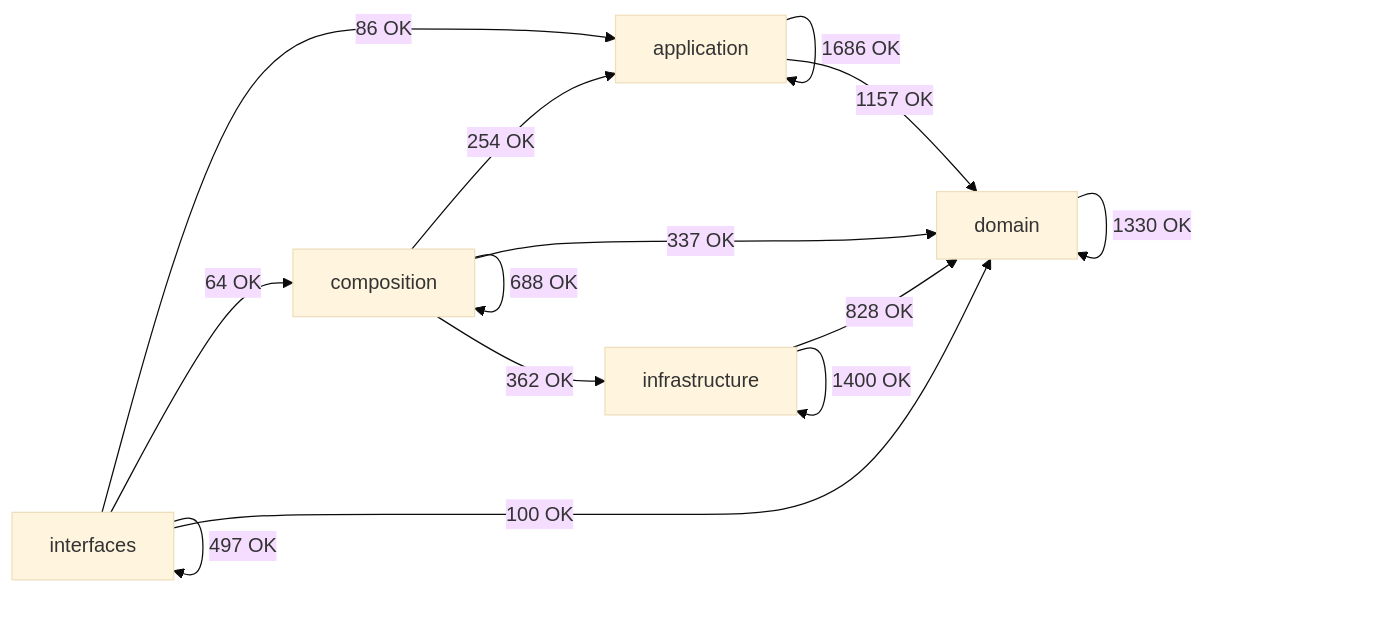
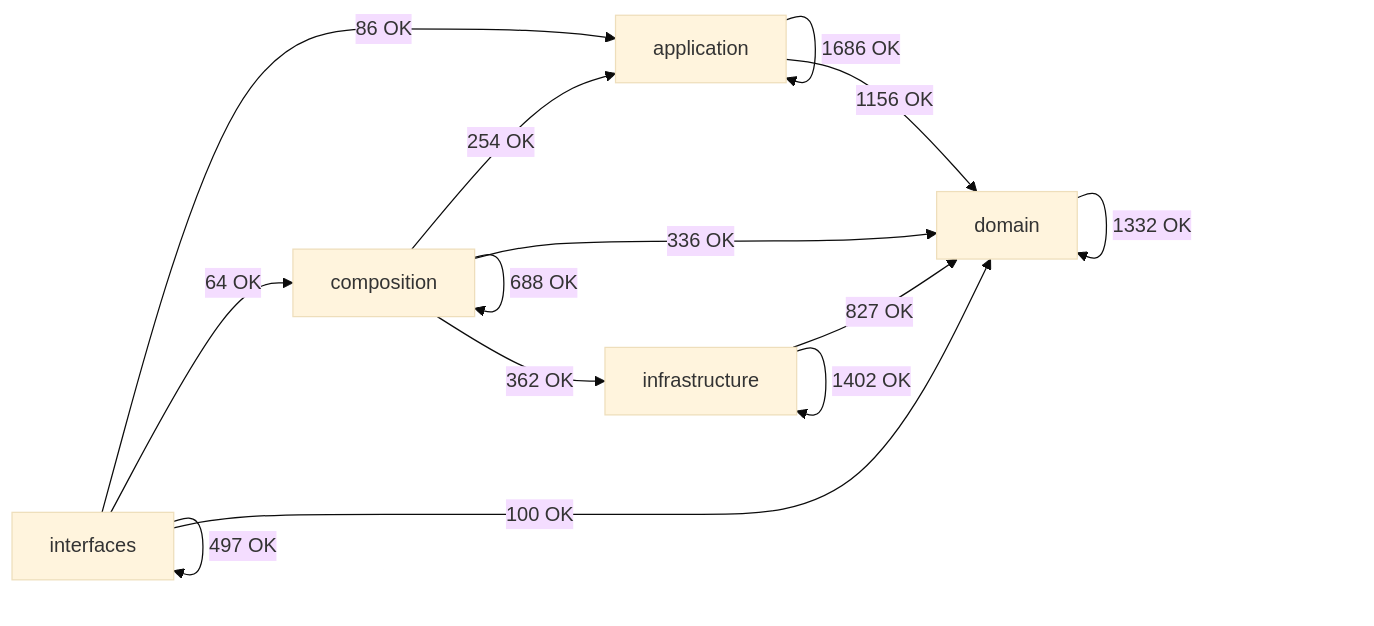
One commit to SatoryKono/BioactivityDataAcquisition changed the diagram in docs/02-architecture/generated/module-dependency-map.md. Above: the diagram before and after it, drawn with Mermaid (base theme). The commit also changed other lines of this file and 98 other files, not shown here.

First line of the commit message:
fix(iuphar): keep the class lane inside the existing architecture budgets

````diff
--- a/docs/02-architecture/generated/module-dependency-map.md
+++ b/docs/02-architecture/generated/module-dependency-map.md
@@ -17,21 +17,21 @@
 ```mermaid
 flowchart LR
     domain[domain]
     application[application]
     infrastructure[infrastructure]
     composition[composition]
     interfaces[interfaces]
     application -->|1686 OK| application
-    application -->|1157 OK| domain
+    application -->|1156 OK| domain
     composition -->|254 OK| application
     composition -->|688 OK| composition
-    composition -->|337 OK| domain
+    composition -->|336 OK| domain
     composition -->|362 OK| infrastructure
-    domain -->|1330 OK| domain
-    infrastructure -->|828 OK| domain
-    infrastructure -->|1400 OK| infrastructure
+    domain -->|1332 OK| domain
+    infrastructure -->|827 OK| domain
+    infrastructure -->|1402 OK| infrastructure
     interfaces -->|86 OK| application
     interfaces -->|64 OK| composition
     interfaces -->|100 OK| domain
     interfaces -->|497 OK| interfaces
 ```
````
